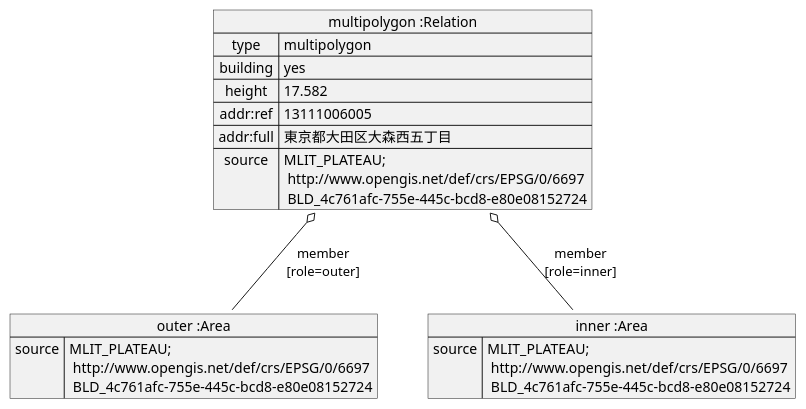
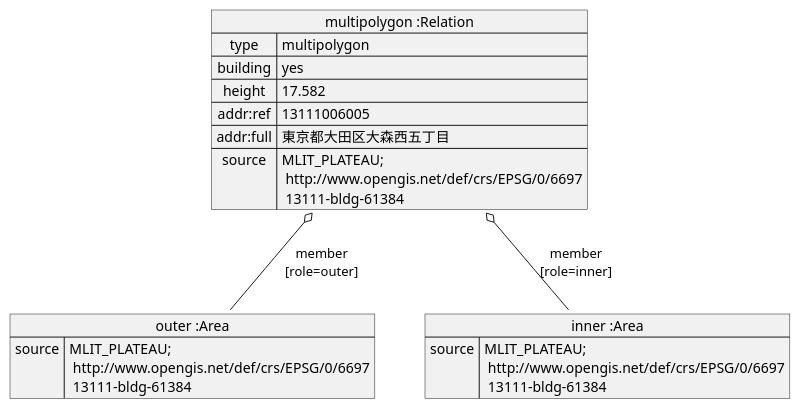
One commit to yuuhayashi/citygml-osm changed the diagram in doc/building/sample-b-osm.pu. Above: the diagram before and after it, drawn with PlantUML. The commit also changed 15 other files, not shown here.

Commit message:
update UML

```diff
--- a/doc/building/sample-b-osm.pu
+++ b/doc/building/sample-b-osm.pu
@@ -1,19 +1,19 @@
 @startuml
 map "multipolygon :Relation" as multipolygon {
  type => multipolygon
  building => yes
  height => 17.582
  addr:ref => 13111006005
  addr:full => 東京都大田区大森西五丁目
- source => MLIT_PLATEAU;\n http://www.opengis.net/def/crs/EPSG/0/6697\n BLD_4c761afc-755e-445c-bcd8-e80e08152724
+ source => MLIT_PLATEAU;\n http://www.opengis.net/def/crs/EPSG/0/6697\n 13111-bldg-61384
 }
 map "outer :Area" as outer {
- source => MLIT_PLATEAU;\n http://www.opengis.net/def/crs/EPSG/0/6697\n BLD_4c761afc-755e-445c-bcd8-e80e08152724
+ source => MLIT_PLATEAU;\n http://www.opengis.net/def/crs/EPSG/0/6697\n 13111-bldg-61384
 }
 map "inner :Area" as a {
- source => MLIT_PLATEAU;\n http://www.opengis.net/def/crs/EPSG/0/6697\n BLD_4c761afc-755e-445c-bcd8-e80e08152724
+ source => MLIT_PLATEAU;\n http://www.opengis.net/def/crs/EPSG/0/6697\n 13111-bldg-61384
 }
 
 multipolygon o-- outer : member\n[role=outer]
 multipolygon o-- a : member\n[role=inner]
 @enduml
```
